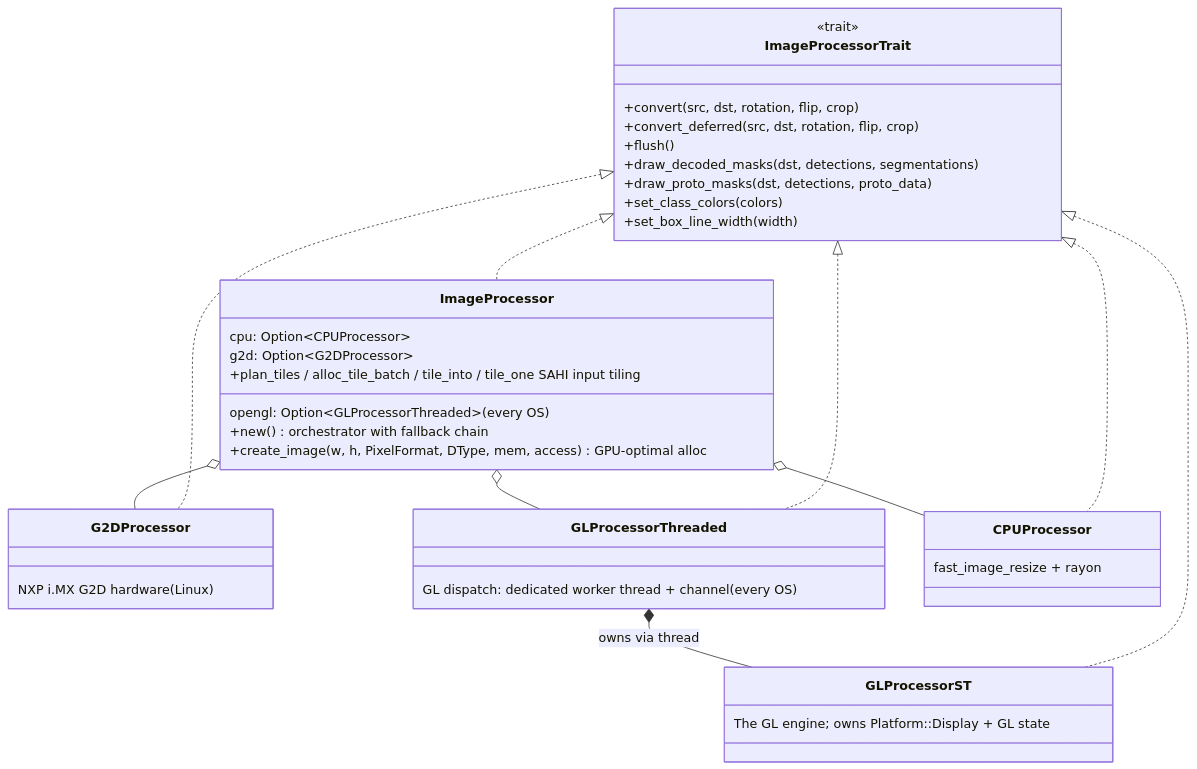
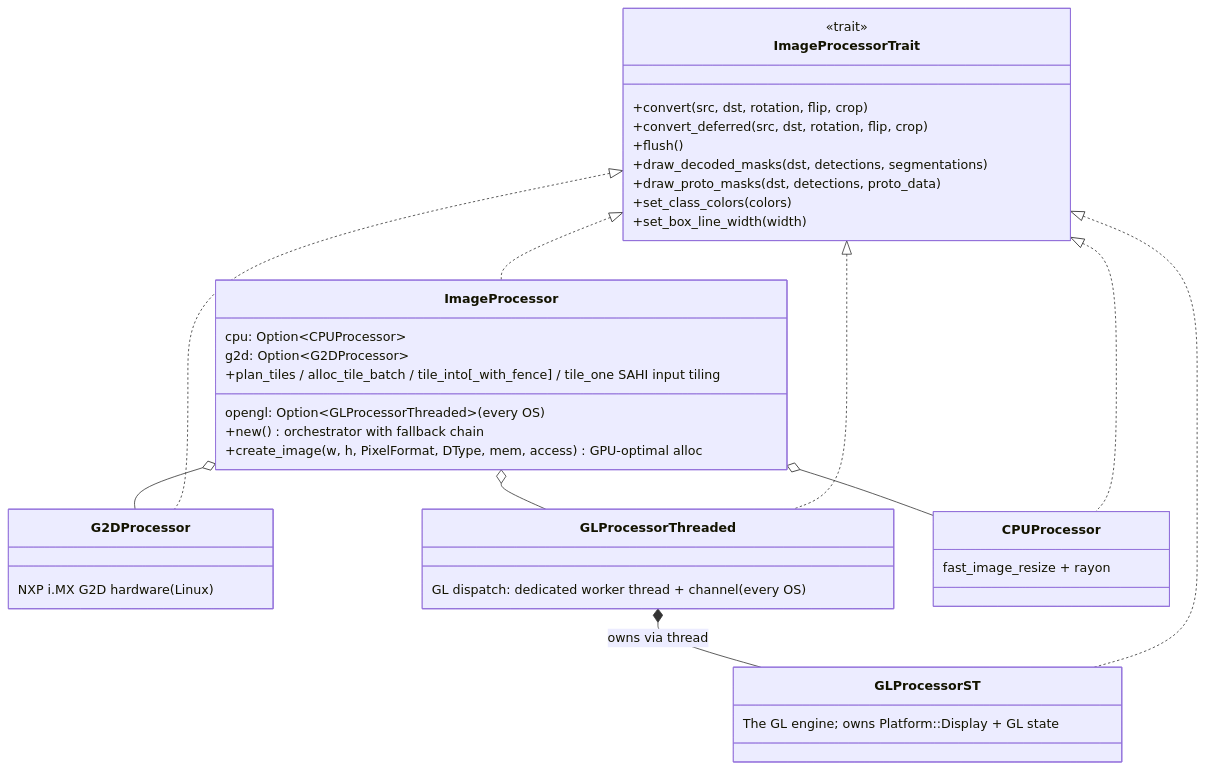
One commit to EdgeFirstAI/hal changed the first of 3 diagrams in crates/image/ARCHITECTURE.md. Above: the diagram before and after it, drawn with Mermaid. The commit also changed other lines of this file and 113 other files, not shown here.

````diff
--- a/crates/image/ARCHITECTURE.md
+++ b/crates/image/ARCHITECTURE.md
@@ -60,37 +60,37 @@
 ```mermaid
 classDiagram
     class ImageProcessorTrait {
         <<trait>>
         +convert(src, dst, rotation, flip, crop)
         +convert_deferred(src, dst, rotation, flip, crop)
         +flush()
         +draw_decoded_masks(dst, detections, segmentations)
         +draw_proto_masks(dst, detections, proto_data)
         +set_class_colors(colors)
         +set_box_line_width(width)
     }
 
     class ImageProcessor {
         cpu: Option~CPUProcessor~
         g2d: Option~G2DProcessor~
         opengl: Option~GLProcessorThreaded~ (every OS)
         +new() orchestrator with fallback chain
         +create_image(w, h, PixelFormat, DType, mem, access) GPU-optimal alloc
-        +plan_tiles / alloc_tile_batch / tile_into / tile_one  SAHI input tiling
+        +plan_tiles / alloc_tile_batch / tile_into[_with_fence] / tile_one  SAHI input tiling
     }
 
     class G2DProcessor { NXP i.MX G2D hardware (Linux) }
     class GLProcessorThreaded { GL dispatch: dedicated worker thread + channel (every OS) }
     class GLProcessorST { The GL engine; owns Platform::Display + GL state }
     class CPUProcessor { fast_image_resize + rayon }
 
     ImageProcessorTrait <|.. ImageProcessor
     ImageProcessorTrait <|.. G2DProcessor
     ImageProcessorTrait <|.. GLProcessorThreaded
     ImageProcessorTrait <|.. GLProcessorST
     ImageProcessorTrait <|.. CPUProcessor
     ImageProcessor o-- G2DProcessor
     ImageProcessor o-- GLProcessorThreaded
     ImageProcessor o-- CPUProcessor
     GLProcessorThreaded *-- GLProcessorST : owns via thread
 ```
````
